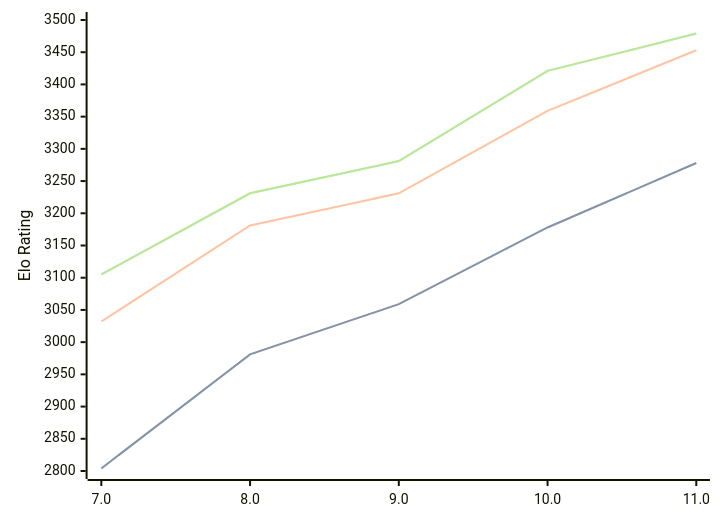
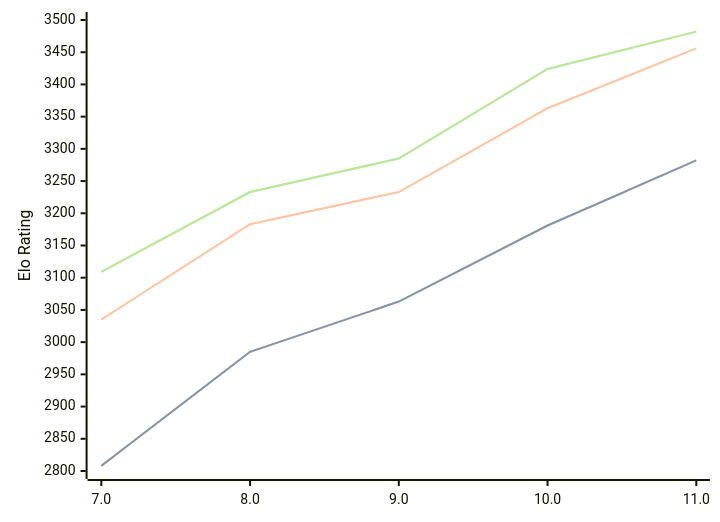
Before and after one commit to computer-chess-index/cci: the diagram in engines/Tcheran.md, drawn with Mermaid. The commit also changed other lines of this file, not shown here.

Commit message:
Update CCI Ratings (ELO VLTC) - 2026-04-30

````diff
--- a/engines/Tcheran.md
+++ b/engines/Tcheran.md
@@ -49,11 +49,11 @@
 ```mermaid
 %%{init: {"theme":"base","themeVariables":{"seriesColors:['#a3a3a3','#222221','#faa371']}}}%%
 xychart-beta
   x-axis ["7.0", "8.0", "9.0", "10.0", "11.0"]
   y-axis "Elo Rating" 2800 --> 3500
-  line "STC (8.0+0.08s)" [2804, 2981, 3059, 3178, 3278]
-  line "STC (8.0+0.08s)" [2804, 2981, 3059, 3178, 3278]
-  line "LTC (60.0+0.60s)" [3032, 3181, 3231, 3359, 3453]
-  line "VLTC (2m24s+1.12s)" [3105, 3231, 3281, 3421, 3479]
-  line "VLTC (2m24s+1.12s)" [3105, 3231, 3281, 3421, 3479]
+  line "STC (8.0+0.08s)" [2808, 2985, 3063, 3181, 3282]
+  line "STC (8.0+0.08s)" [2808, 2985, 3063, 3181, 3282]
+  line "LTC (60.0+0.60s)" [3035, 3183, 3233, 3363, 3456]
+  line "VLTC (2m24s+1.12s)" [3109, 3233, 3285, 3424, 3482]
+  line "VLTC (2m24s+1.12s)" [3109, 3233, 3285, 3424, 3482]
 ```
````
